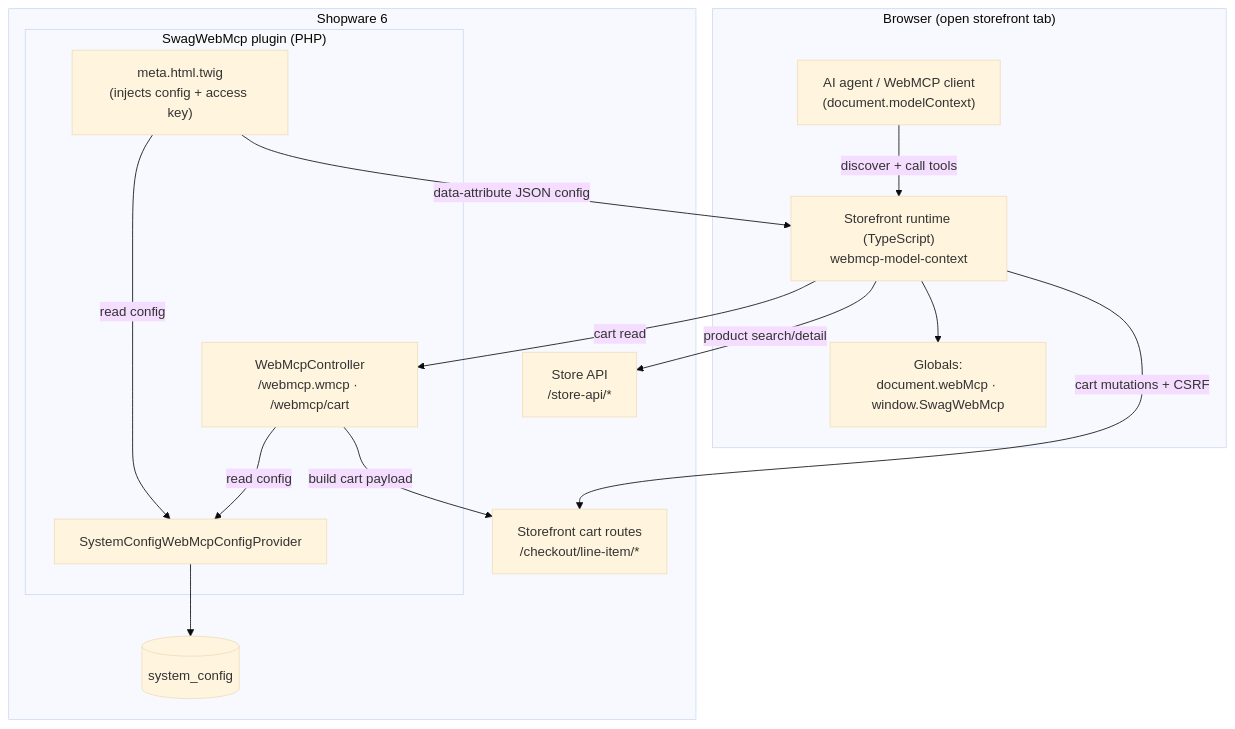
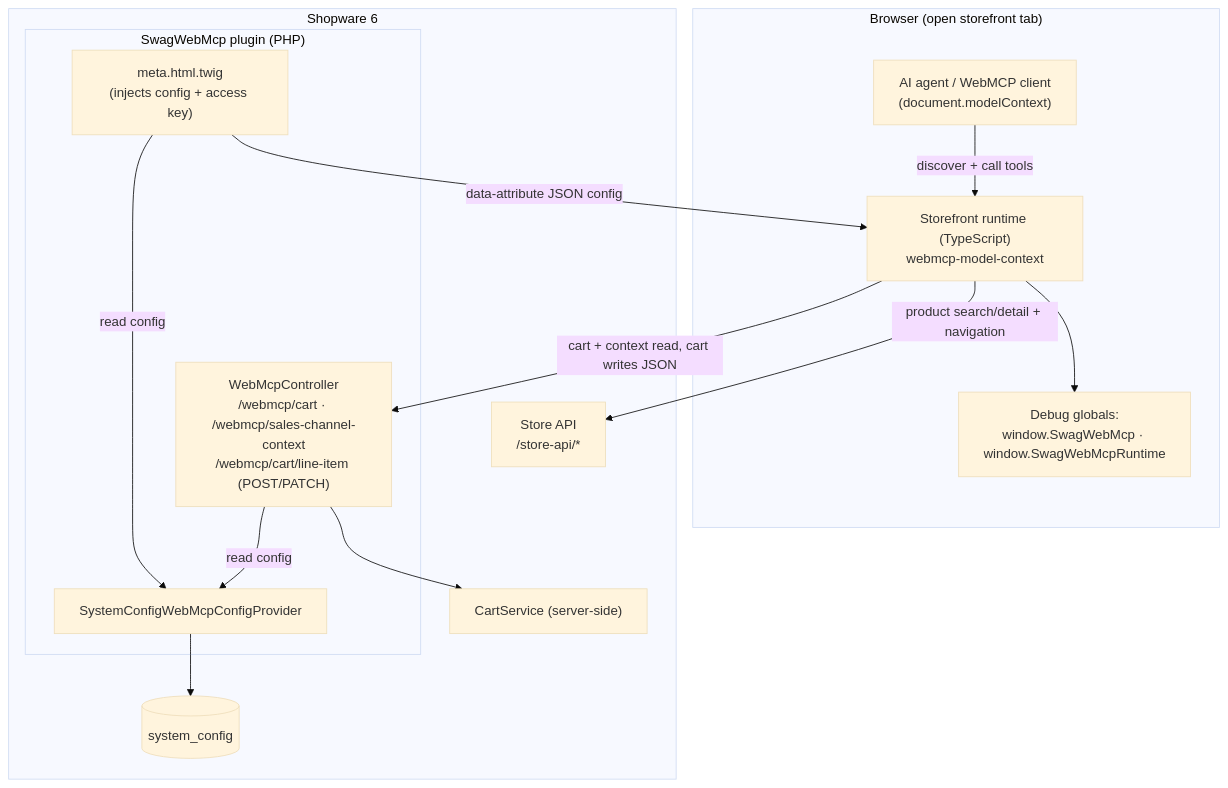
One commit to agentic-commerce-lab/webmcp-plugin changed the first of 5 diagrams in docs/adr/2026-07-17-architecture-overview.md. Above: the diagram before and after it, drawn with Mermaid (base theme). The commit also changed other lines of this file and 2 other files, not shown here.

First line of the commit message:
Sync docs to current architecture and dev-shop test workflow

````diff
--- a/docs/adr/2026-07-17-architecture-overview.md
+++ b/docs/adr/2026-07-17-architecture-overview.md
@@ -26,30 +34,29 @@
 ```mermaid
 graph TB
     subgraph Browser["Browser (open storefront tab)"]
         Agent["AI agent / WebMCP client<br/>(document.modelContext)"]
         Runtime["Storefront runtime (TypeScript)<br/>webmcp-model-context"]
-        Globals["Globals:<br/>document.webMcp · window.SwagWebMcp"]
+        Globals["Debug globals:<br/>window.SwagWebMcp · window.SwagWebMcpRuntime"]
     end
 
     subgraph Shopware["Shopware 6"]
         subgraph Plugin["SwagWebMcp plugin (PHP)"]
-            Controller["WebMcpController<br/>/webmcp.wmcp · /webmcp/cart"]
+            Controller["WebMcpController<br/>/webmcp/cart · /webmcp/sales-channel-context<br/>/webmcp/cart/line-item (POST/PATCH)"]
             Config["SystemConfigWebMcpConfigProvider"]
             Twig["meta.html.twig<br/>(injects config + access key)"]
         end
         StoreAPI["Store API<br/>/store-api/*"]
-        CartRoutes["Storefront cart routes<br/>/checkout/line-item/*"]
+        CartService["CartService (server-side)"]
         SysConfig[("system_config")]
     end
 
     Agent -->|discover + call tools| Runtime
     Runtime --> Globals
     Twig -->|data-attribute JSON config| Runtime
-    Runtime -->|product search/detail| StoreAPI
-    Runtime -->|cart read| Controller
-    Runtime -->|cart mutations + CSRF| CartRoutes
+    Runtime -->|product search/detail + navigation| StoreAPI
+    Runtime -->|cart + context read, cart writes JSON| Controller
+    Controller --> CartService
     Controller -->|read config| Config
     Twig -->|read config| Config
     Config --> SysConfig
-    Controller -->|build cart payload| CartRoutes
 ```
````
